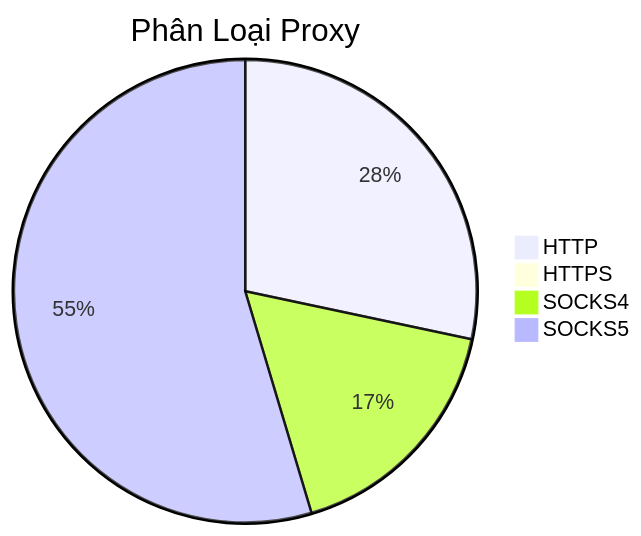
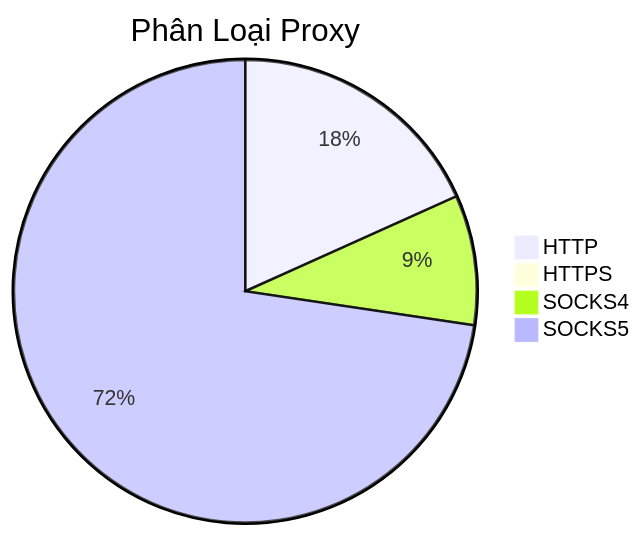
One commit to Ciara-Aa/PROXY-free changed the diagram in README.md. Above: the diagram before and after it, drawn with Mermaid. The commit also changed other lines of this file and 4 other files, not shown here.

````diff
--- a/README.md
+++ b/README.md
@@ -26,7 +26,7 @@
 ```mermaid
 pie title Phân Loại Proxy
-    "HTTP" : 389
-    "HTTPS" : 3
-    "SOCKS4" : 234
-    "SOCKS5" : 750
+    "HTTP" : 403
+    "HTTPS" : 6
+    "SOCKS4" : 200
+    "SOCKS5" : 1602
 ```
````
